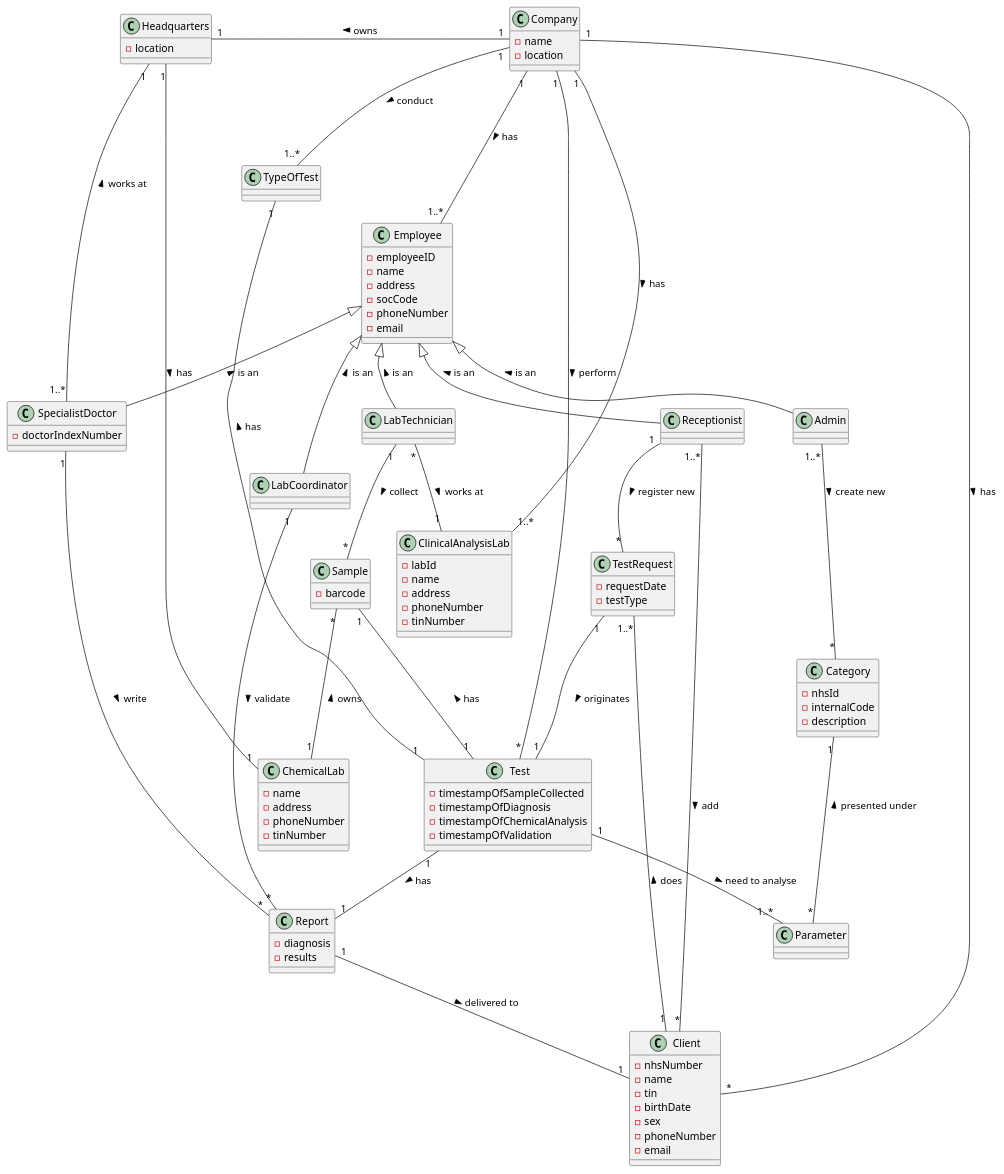
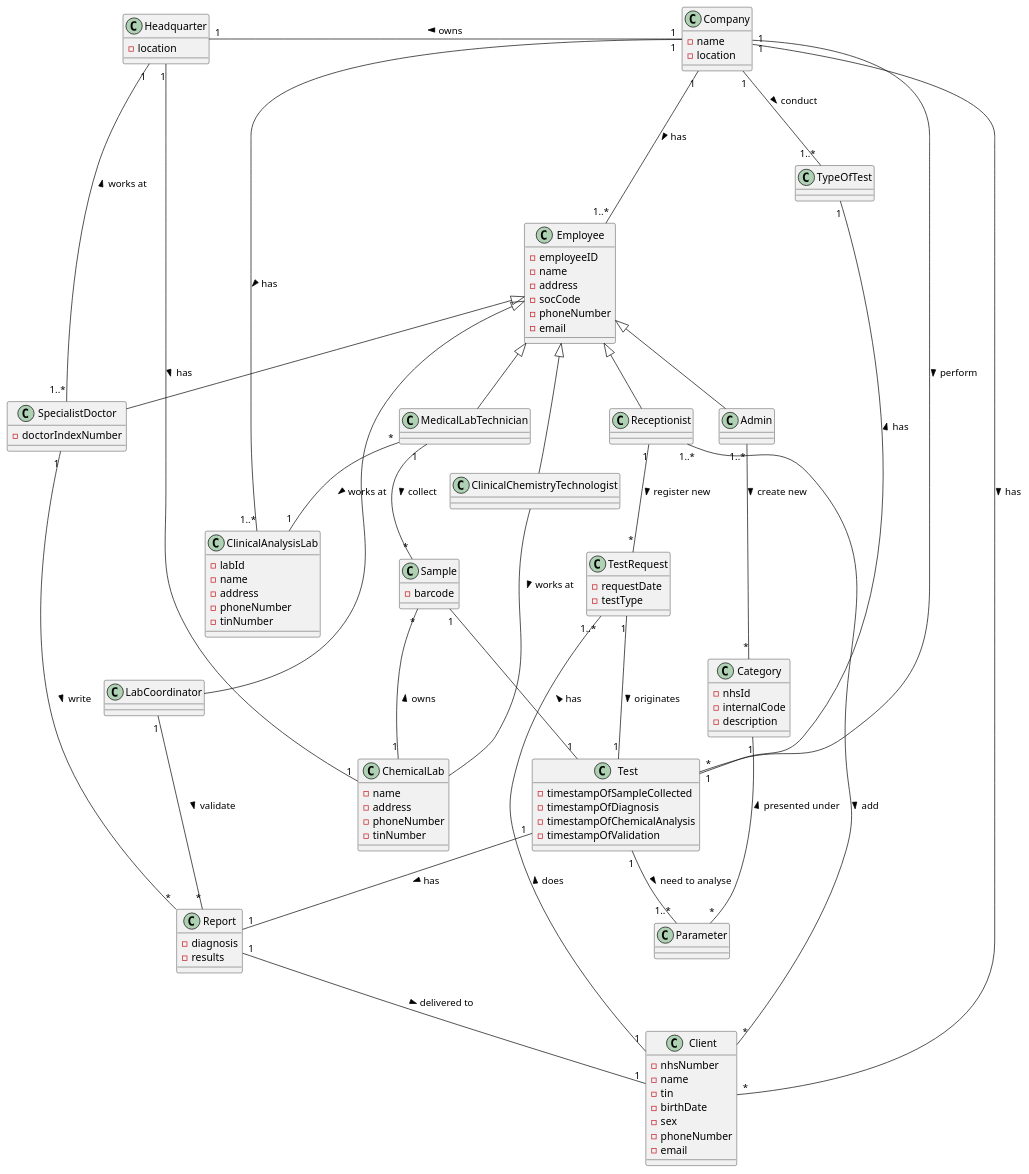
The diagram in docs/SprintA/DomainModelDiagram.puml (GuilhermeCunha79/lapr2), drawn with PlantUML before and after one commit. The commit also changed 1 other file, not shown here.

```diff
--- a/docs/SprintA/DomainModelDiagram.puml
+++ b/docs/SprintA/DomainModelDiagram.puml
@@ -1,116 +1,111 @@
 @startuml
 'https://plantuml.com/sequence-diagram
 
 top to bottom direction
 
 Company"1" --- "1..*"Employee : > has
 Company"1" -- "*"Client : > has
 Company"1" -- "1..*"ClinicalAnalysisLab : > has
-LabTechnician"*" -- "1"ClinicalAnalysisLab : > works at
+MedicalLabTechnician"*" -- "1"ClinicalAnalysisLab : > works at
 Receptionist"1" -- "*"TestRequest : > register new
-
-Headquarters"1" -- "1"ChemicalLab : > has
-Company"1" -left- "1"Headquarters : > owns
+Headquarter"1" -- "1"ChemicalLab : > has
+Company"1" -left- "1"Headquarter : > owns
 Receptionist"1..*" -- "*"Client : > add
-Employee <|-- LabTechnician : < is an
-Employee <|-- Receptionist : < is an
-Employee <|-- LabCoordinator : < is an
-Employee <|-- Admin : < is an
-Employee <|-- SpecialistDoctor : < is an
-
+Employee <|-- MedicalLabTechnician
+Employee <|-- ClinicalChemistryTechnologist
+Employee <|-- Receptionist
+Employee <|-- LabCoordinator
+Employee <|-- Admin
+Employee <|-- SpecialistDoctor
+ClinicalChemistryTechnologist -- ChemicalLab : > works at
 Test"1" -- "1"Report : > has
-LabTechnician"1" -- "*"Sample : > collect
+MedicalLabTechnician"1" -- "*"Sample : > collect
 Sample"1" -- "1"Test : < has
 Company"1" -- "1..*"TypeOfTest : > conduct
 Company"1" -- "*"Test : > perform
 TestRequest"1..*" -- "1""Client" : < does
 SpecialistDoctor"1" -- "*"Report : > write
-SpecialistDoctor"1..*" -- "1"Headquarters : > works at
+SpecialistDoctor"1..*" -- "1"Headquarter : > works at
 Report"1" -- "1"Client : > delivered to
 Sample"*" -- "1"ChemicalLab : < owns
 LabCoordinator"1" -- "*"Report : > validate
-
 TestRequest"1" -- "1"Test : > originates
-
 TypeOfTest"1" -- "1""Test" : < has
-
 Admin"1..*" -- "*"Category : > create new
-
 Category"1" -- "*"Parameter : < presented under
-
 Test"1" -- "1..*"Parameter : > need to analyse
 
 class Client{
 -nhsNumber
 -name
 -tin
 -birthDate
 -sex
 -phoneNumber
 -email
 }
 
 class Sample{
 -barcode
 }
 
 class Report{
 -diagnosis
 -results
 }
 
 class Employee{
 -employeeID
 -name
 -address
 -socCode
 -phoneNumber
 -email
 }
 
 class ClinicalAnalysisLab{
 -labId
 -name
 -address
 -phoneNumber
 -tinNumber
 }
 class ChemicalLab{
 -name
 -address
 -phoneNumber
 -tinNumber
 }
 
 class TestRequest{
 -requestDate
 -testType
 }
 
 class Company{
 -name
 -location
 }
 
-class Headquarters{
+class Headquarter{
 -location
 }
 
 class Test{
 -timestampOfSampleCollected
 -timestampOfDiagnosis
 -timestampOfChemicalAnalysis
 -timestampOfValidation
 }
 
 class Category{
 -nhsId
 -internalCode
 -description
 }
 
 class SpecialistDoctor{
 -doctorIndexNumber
 }
 
 @enduml
```
